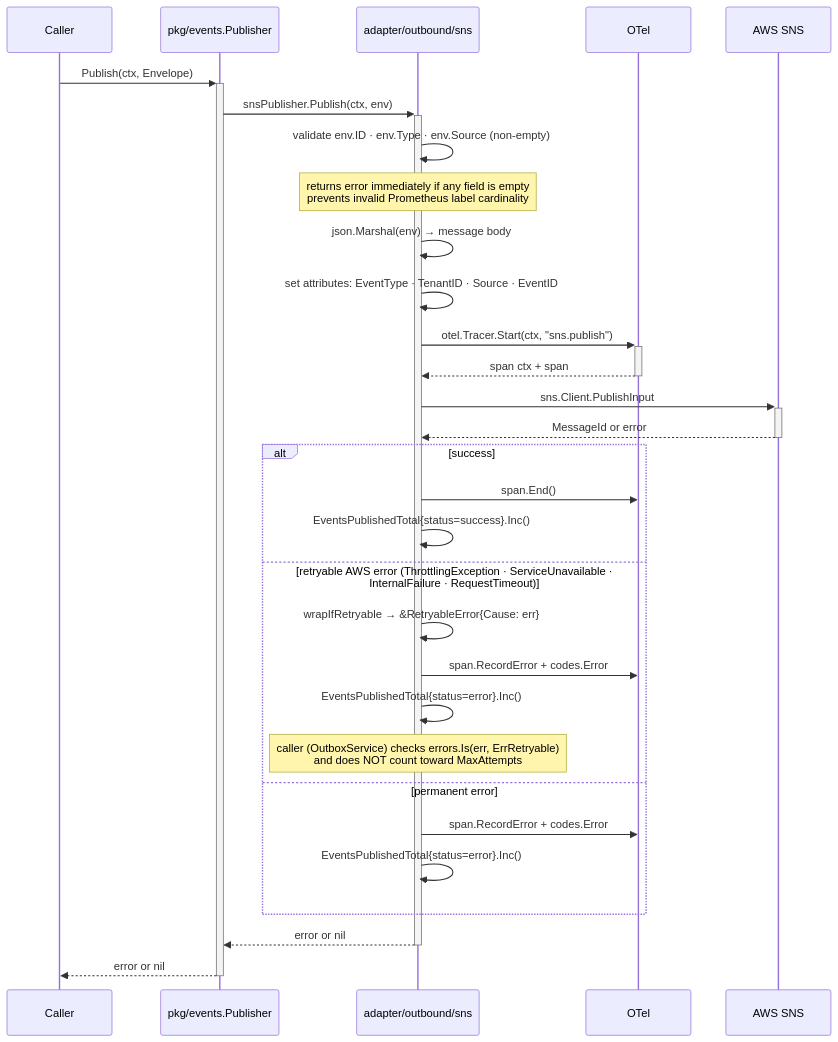
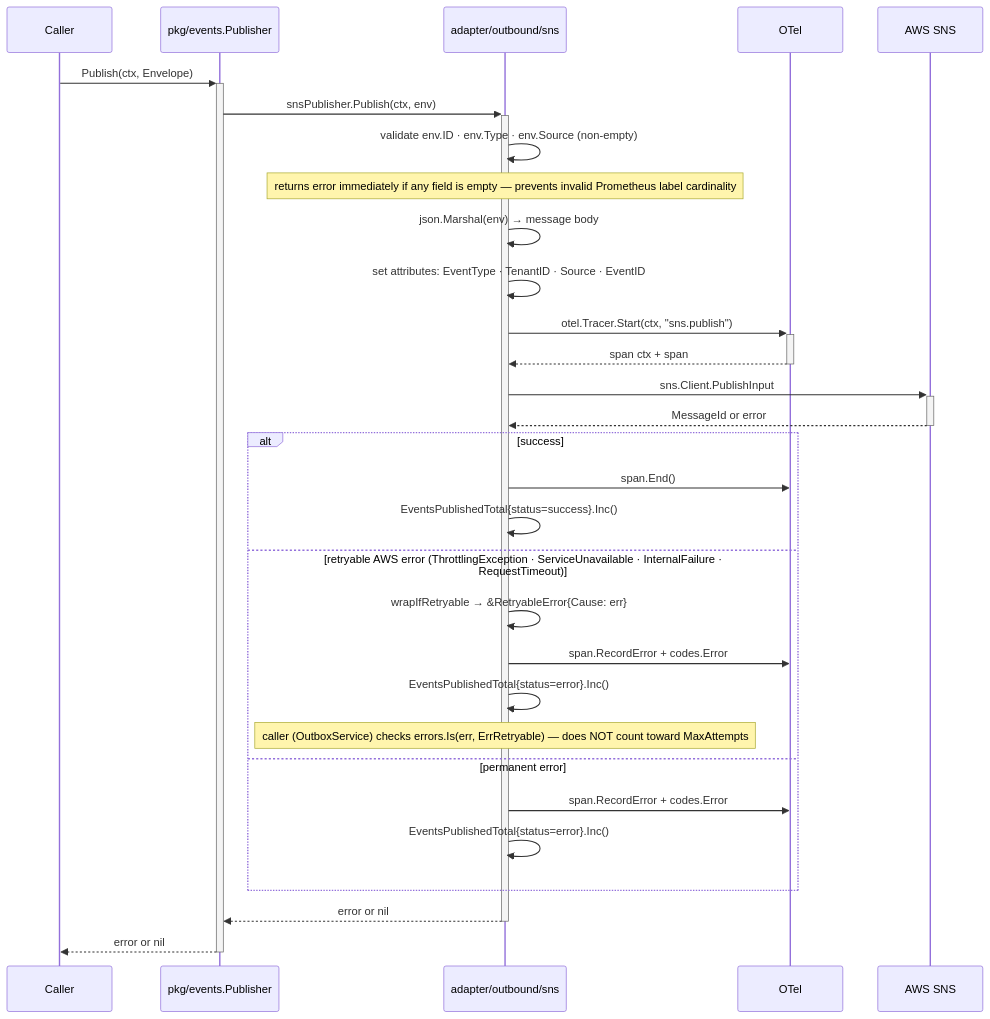
One commit to BCBP-SOLUTIONS-FZC-LLC/platform-events changed the third of 8 diagrams in ARCHITECTURE.md. Above: the diagram before and after it, drawn with Mermaid. The commit also changed other lines of this file and 1 other file, not shown here.

First line of the commit message:
Docs: fix Mermaid parse errors caused by semicolons and br/ tags in Note over statements

````diff
--- a/ARCHITECTURE.md
+++ b/ARCHITECTURE.md
@@ -446,39 +446,39 @@
 ```mermaid
 sequenceDiagram
     participant Caller
     participant Publisher as pkg/events.Publisher
     participant SNSAdp as adapter/outbound/sns
     participant OTel
     participant SNS as AWS SNS
 
     Caller ->>+ Publisher: Publish(ctx, Envelope)
     Publisher ->>+ SNSAdp: snsPublisher.Publish(ctx, env)
 
     SNSAdp ->> SNSAdp: validate env.ID · env.Type · env.Source (non-empty)
-    Note over SNSAdp: returns error immediately if any field is empty<br/>prevents invalid Prometheus label cardinality
+    Note over SNSAdp: returns error immediately if any field is empty — prevents invalid Prometheus label cardinality
 
     SNSAdp ->> SNSAdp: json.Marshal(env) → message body
     SNSAdp ->> SNSAdp: set attributes: EventType · TenantID · Source · EventID
 
     SNSAdp ->>+ OTel: otel.Tracer.Start(ctx, "sns.publish")
     OTel -->>- SNSAdp: span ctx + span
 
     SNSAdp ->>+ SNS: sns.Client.PublishInput
     SNS -->>- SNSAdp: MessageId or error
 
     alt success
         SNSAdp ->> OTel: span.End()
         SNSAdp ->> SNSAdp: EventsPublishedTotal{status=success}.Inc()
     else retryable AWS error (ThrottlingException · ServiceUnavailable · InternalFailure · RequestTimeout)
         SNSAdp ->> SNSAdp: wrapIfRetryable → &RetryableError{Cause: err}
         SNSAdp ->> OTel: span.RecordError + codes.Error
         SNSAdp ->> SNSAdp: EventsPublishedTotal{status=error}.Inc()
-        Note over SNSAdp: caller (OutboxService) checks errors.Is(err, ErrRetryable)<br/>and does NOT count toward MaxAttempts
+        Note over SNSAdp: caller (OutboxService) checks errors.Is(err, ErrRetryable) — does NOT count toward MaxAttempts
     else permanent error
         SNSAdp ->> OTel: span.RecordError + codes.Error
         SNSAdp ->> SNSAdp: EventsPublishedTotal{status=error}.Inc()
     end
 
     SNSAdp -->>- Publisher: error or nil
     Publisher -->>- Caller: error or nil
 ```
````
